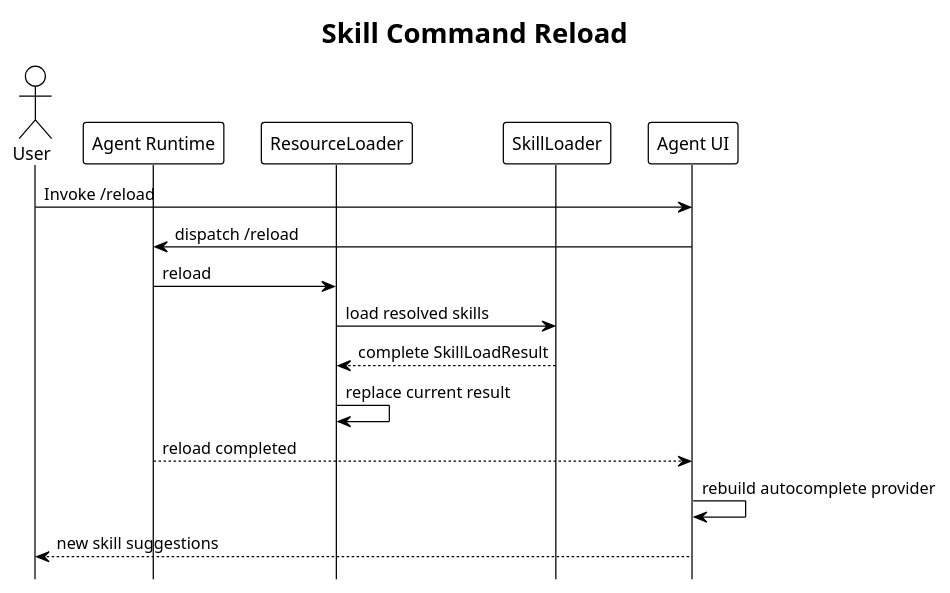
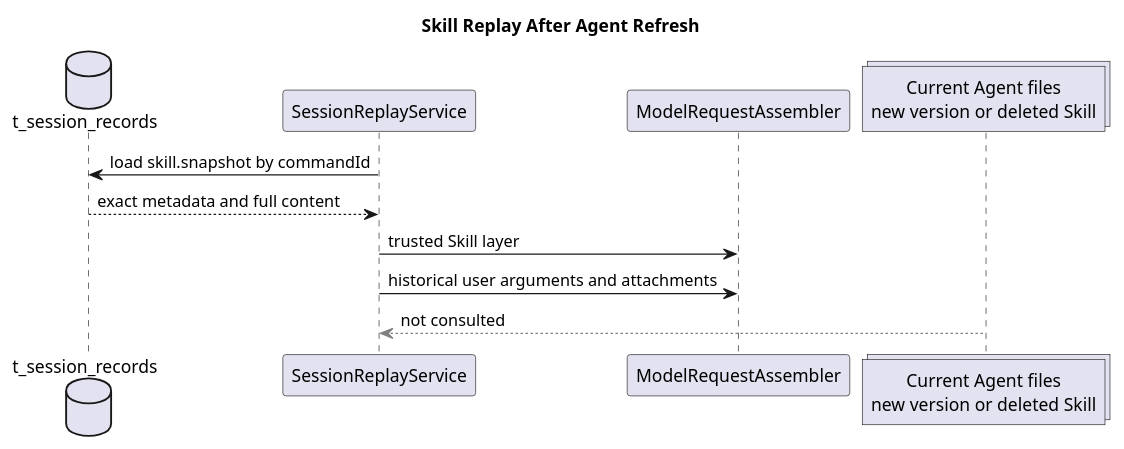
The fourth of 4 diagrams in 04-命令与技能/02-技能命令/设计图/diagram.puml (ssm0808/pi-mono-java-design), drawn with PlantUML before and after one commit. The commit also changed other lines of this file and 66 other files, not shown here.

Commit message:
docs: design slash command module and HTTP contracts

```diff
--- a/04-命令与技能/02-技能命令/设计图/diagram.puml
+++ b/04-命令与技能/02-技能命令/设计图/diagram.puml
@@ -161,30 +73,19 @@
-@startuml 06-reload
-' pi source: packages/coding-agent/src/core/agent-session.ts:2435-2456
-' pi source: packages/coding-agent/src/modes/interactive/interactive-mode.ts:5099-5125
-' Java source: frontend/src/App.vue:112-140
-' Java product divergence: reload refreshes GUI completion instead of a TUI provider.
-' Design reason: publish a complete SkillLoadResult before rebuilding completion, never expose clear-then-register intermediate state.
-!theme plain
-!pragma layout smetana
-skinparam defaultFontName "SansSerif"
+@startuml skill_replay
+title Skill Replay After Agent Refresh
 skinparam shadowing false
-skinparam backgroundColor transparent
-hide footbox
-title Skill Command Reload
 
-actor User as U
-participant "Agent Runtime" as S
-participant ResourceLoader as R
-participant SkillLoader as L
-participant "Agent UI" as T
+' Source evidence: pi-mono-java@c1311f69 mate-campusclaw/src/main/java/com/huawei/hicampus/mate/matecampusclaw/codingagent/runtime/AgentRuntimeManager.java:131-153,366-380
+' Observed behavior: managed Agent refresh atomically replaces the published directory.
+' Target design: replay reads the invocation-local snapshot rather than the current directory.
 
-U -> T : Invoke /reload
-T -> S : dispatch /reload
-S -> R : reload
-R -> L : load resolved skills
-L --> R : complete SkillLoadResult
-R -> R : replace current result
-S --> T : reload completed
-T -> T : rebuild autocomplete provider
-T --> U : new skill suggestions
+database t_session_records as Records
+participant SessionReplayService as Replay
+participant ModelRequestAssembler as Assembler
+collections "Current Agent files\nnew version or deleted Skill" as Current
+
+Replay -> Records : load skill.snapshot by commandId
+Records --> Replay : exact metadata and full content
+Replay -> Assembler : trusted Skill layer
+Replay -> Assembler : historical user arguments and attachments
+Current -[#gray,dashed]-> Replay : not consulted
 @enduml
```
